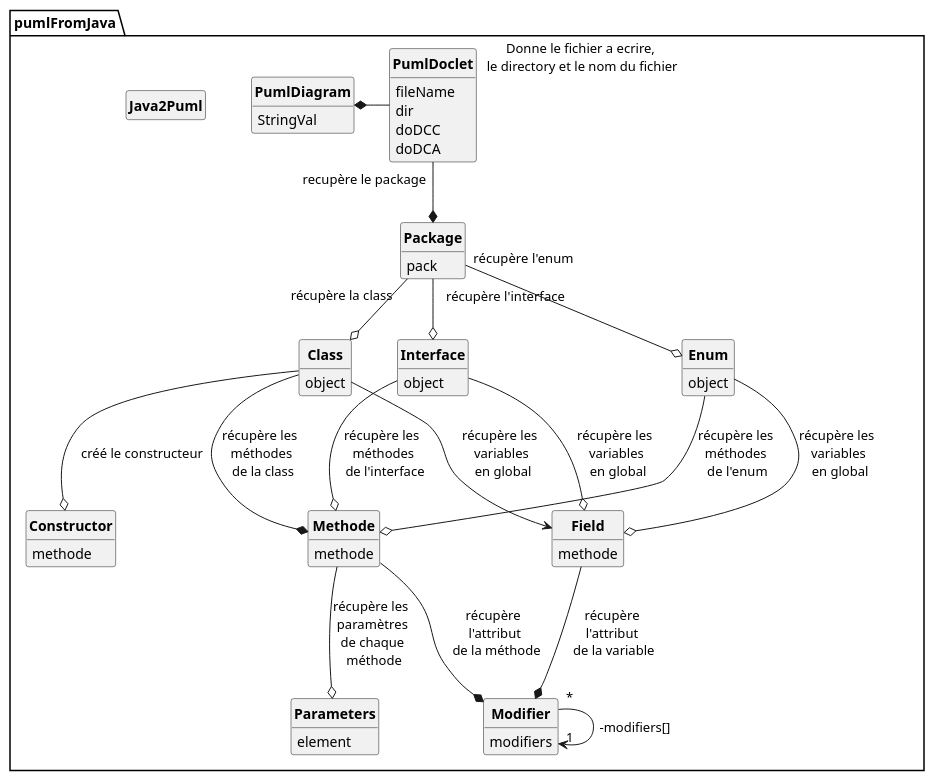
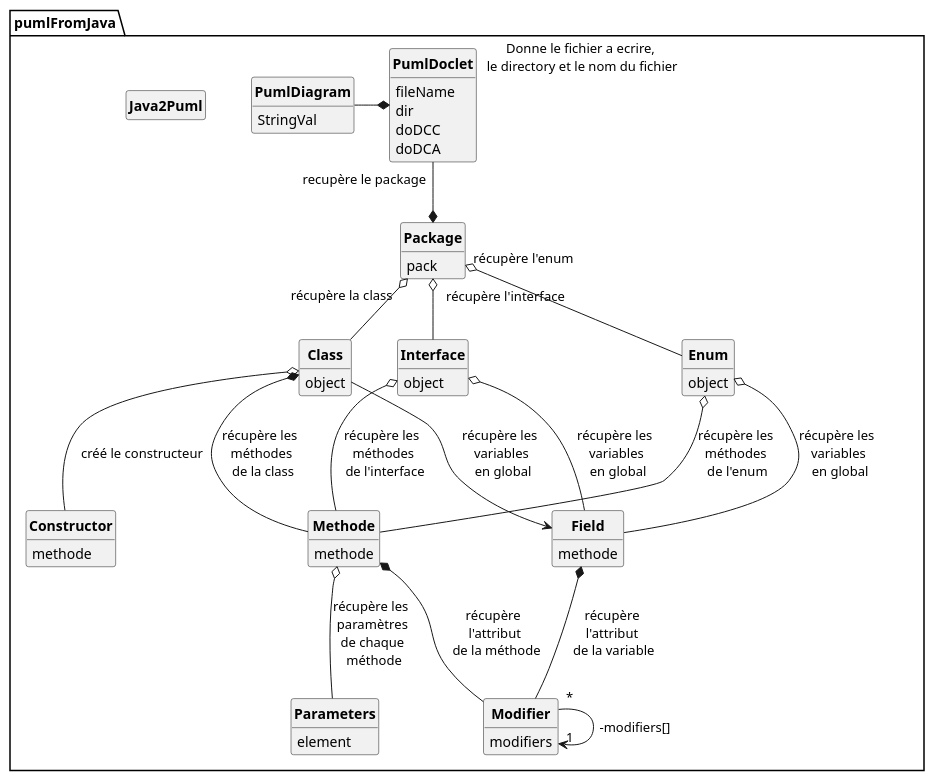
The diagram in puml/DiagrammesCodeEleve/DcaCodeEleve.puml (D3B1RUM4N/PumlFromJava), drawn with PlantUML before and after one commit. The commit also changed 1 other file, not shown here.

Commit message:
Correction des diagrammes ou j avais inversé

```diff
--- a/puml/DiagrammesCodeEleve/DcaCodeEleve.puml
+++ b/puml/DiagrammesCodeEleve/DcaCodeEleve.puml
@@ -1,96 +1,96 @@
 @startuml
 
 'UML GENERE PAR CODE :)
 
 skinparam style strictuml
 skinparam classAttributeIconSize 0
 skinparam classFontStyle Bold
 hide empty members
 
 PACKAGE pumlFromJava{
 class PumlDiagram{
         StringVal
     }
 
     class Java2Puml{
 
     }
     class PumlDoclet {
         fileName
         dir
         doDCC
         doDCA
     }
 
 
     class Package{
         pack
     }
 
     class Class{
         object
 
     }
 
     class Field{
         methode
 
     }
 
     class Enum{
         object
 
     }
 
     class Interface{
         object
     }
 
     class Constructor{
         methode
 
     }
 
     class Methode{
         methode
 
 
     }
 
     class Modifier {
              modifiers
         }
 
     class Parameters {
         element
 
     }
 
 PumlDoclet "recupère le package" --* Package
 
-Package "récupère la class" --o Class
-Package "récupère l'interface" --o Interface
-Package "récupère l'enum" --o Enum
+Package "récupère la class" o-- Class
+Package "récupère l'interface" o-- Interface
+Package "récupère l'enum" o-- Enum
 
 Class  --> Field : récupère les \nvariables\n en global
 
-PumlDoclet "Donne le fichier a ecrire,\n le directory et le nom du fichier" ---l-* PumlDiagram
+PumlDoclet "Donne le fichier a ecrire,\n le directory et le nom du fichier" *---l- PumlDiagram
 
-Class --o Constructor : créé le constructeur
-Class --* Methode : récupère les \nméthodes\n de la class
+Class o-- Constructor : créé le constructeur
+Class *-- Methode : récupère les \nméthodes\n de la class
 
-Interface --o Methode : récupère les \nméthodes\n de l'interface
-Interface  --o Field : récupère les \nvariables\n en global
+Interface o-- Methode : récupère les \nméthodes\n de l'interface
+Interface  o-- Field : récupère les \nvariables\n en global
 
-Enum --o Methode : récupère les \nméthodes \nde l'enum
-Enum  --o Field : récupère les \nvariables\n en global
+Enum o-- Methode : récupère les \nméthodes \nde l'enum
+Enum  o-- Field : récupère les \nvariables\n en global
 
-Methode --o Parameters : récupère les \nparamètres\nde chaque\n méthode
+Methode o-- Parameters : récupère les \nparamètres\nde chaque\n méthode
 
-Methode --* Modifier : récupère \nl'attribut\n de la méthode
-Field --* Modifier : récupère \nl'attribut \nde la variable
+Methode *-- Modifier : récupère \nl'attribut\n de la méthode
+Field *-- Modifier : récupère \nl'attribut \nde la variable
 
 Modifier "*"-->"1" Modifier : -modifiers[]
 
 }
 @enduml
```
